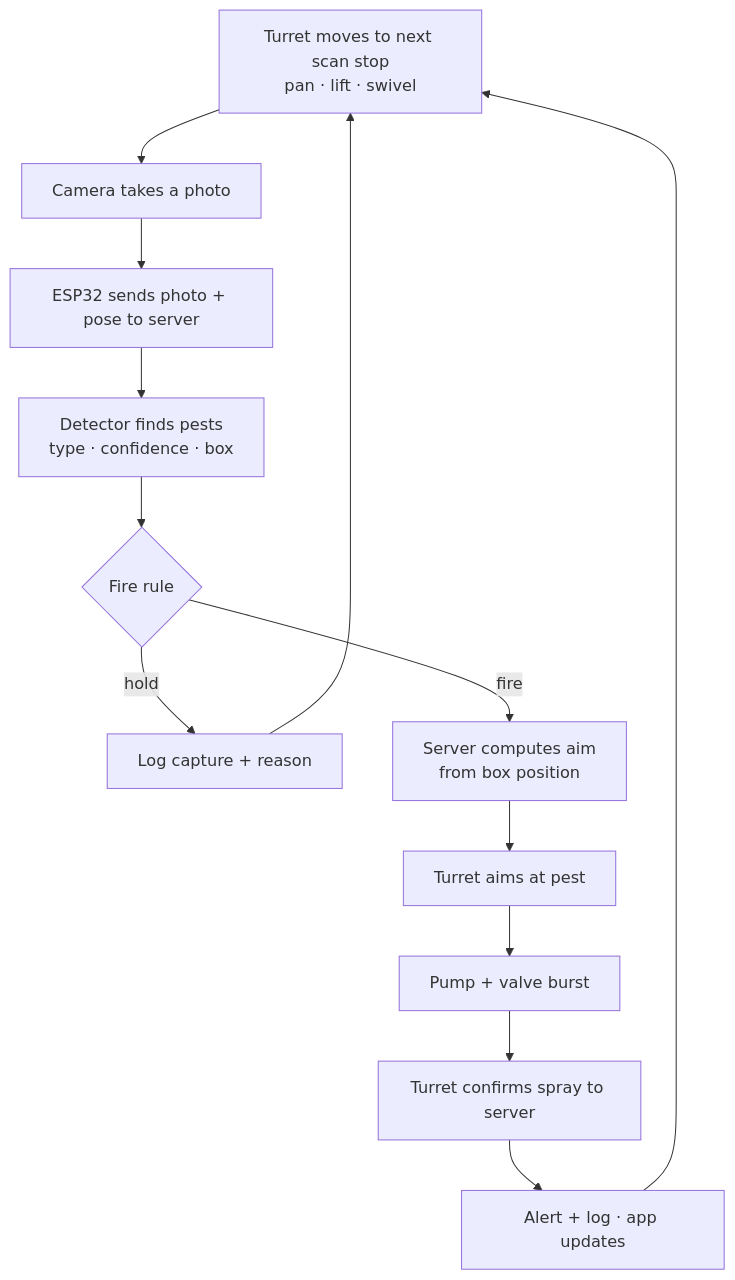
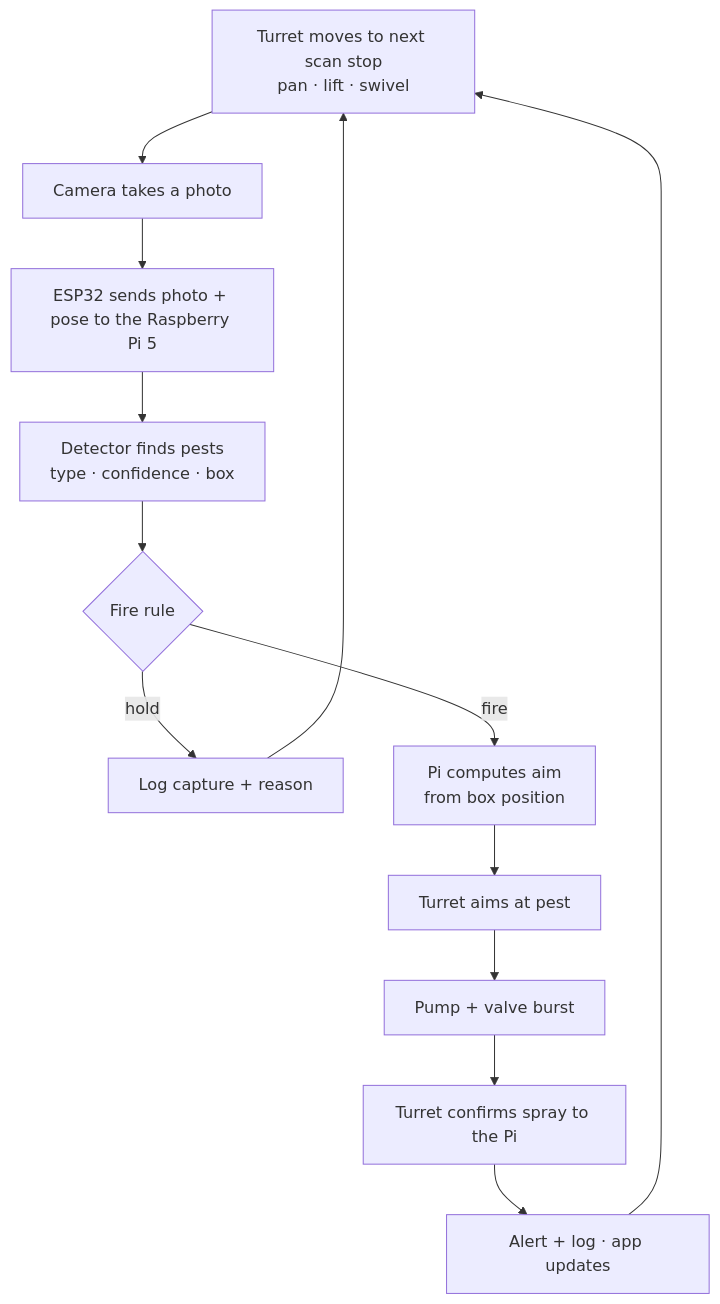
Before and after one commit to helidastar/PestBlaster: the first of 6 diagrams in docs/DOCUMENTATION.md, drawn with Mermaid. The commit also changed other lines of this file and 8 other files, not shown here.

````diff
--- a/docs/DOCUMENTATION.md
+++ b/docs/DOCUMENTATION.md
@@ -166,15 +186,15 @@
 ```mermaid
 flowchart TD
     A[Turret moves to next scan stop<br/>pan · lift · swivel] --> B[Camera takes a photo]
-    B --> C[ESP32 sends photo + pose to server]
+    B --> C[ESP32 sends photo + pose to the Raspberry Pi 5]
     C --> D[Detector finds pests<br/>type · confidence · box]
     D --> E{Fire rule}
     E -- hold --> F[Log capture + reason]
     F --> A
-    E -- fire --> G[Server computes aim<br/>from box position]
+    E -- fire --> G[Pi computes aim<br/>from box position]
     G --> H[Turret aims at pest]
     H --> I[Pump + valve burst]
-    I --> J[Turret confirms spray to server]
+    I --> J[Turret confirms spray to the Pi]
     J --> K[Alert + log · app updates]
     K --> A
 ```
````
